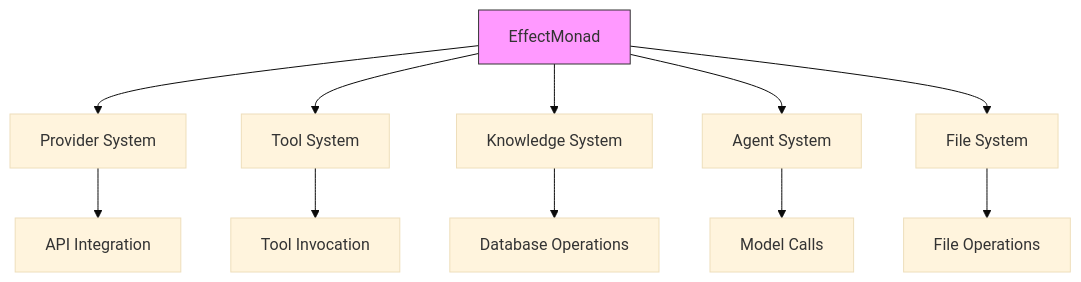
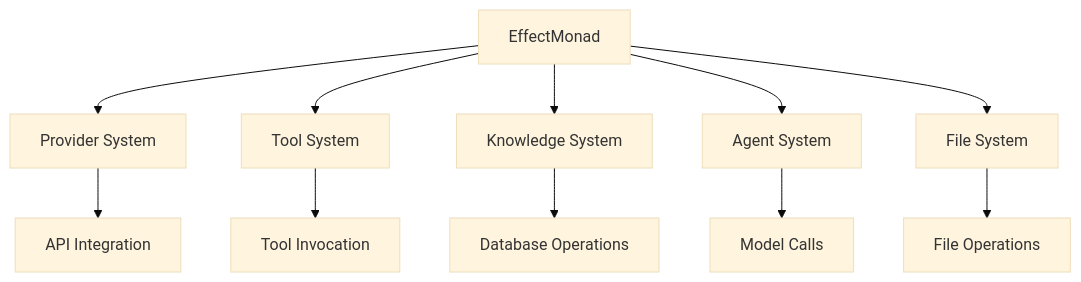
The diagram in docs/project-management/planning/nerv/components/effect_monad.md (inherent-design/atlas), drawn with Mermaid (base theme) before and after one commit. The commit also changed 7 other files, not shown here.

First line of the commit message:
refactor: remove inline styling from mermaid diagrams

````diff
--- a/docs/project-management/planning/nerv/components/effect_monad.md
+++ b/docs/project-management/planning/nerv/components/effect_monad.md
@@ -204,19 +204,16 @@
 ```mermaid
 graph TD
     EM[EffectMonad]
     
     EM --> PS[Provider System]
     EM --> TS[Tool System]
     EM --> KS[Knowledge System]
     EM --> AS[Agent System]
     EM --> FS[File System]
     
     PS --> API[API Integration]
     TS --> Tools[Tool Invocation]
     KS --> DB[Database Operations]
     AS --> Models[Model Calls]
     FS --> Files[File Operations]
-    
-    classDef core fill:#f9f,stroke:#333
-    class EM core
 ```
````
